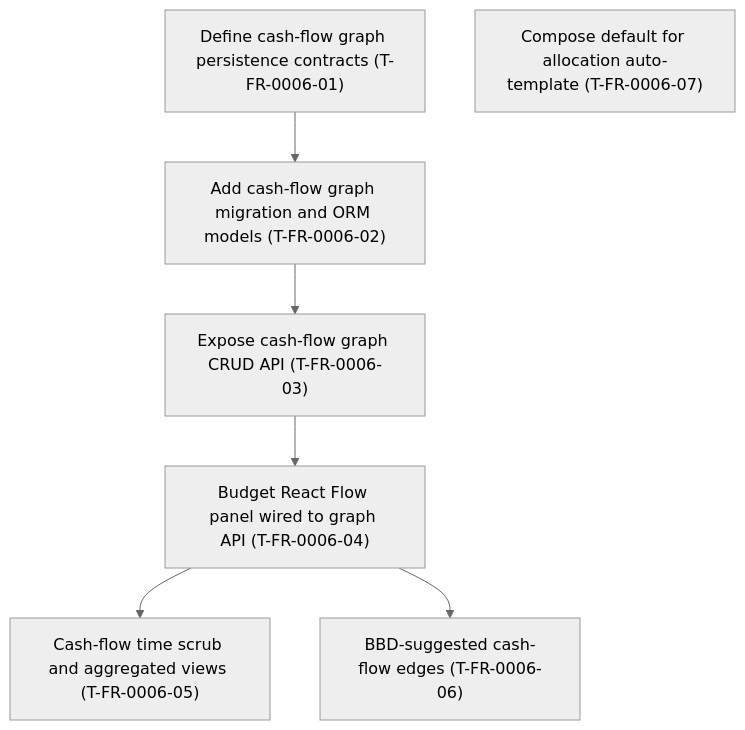
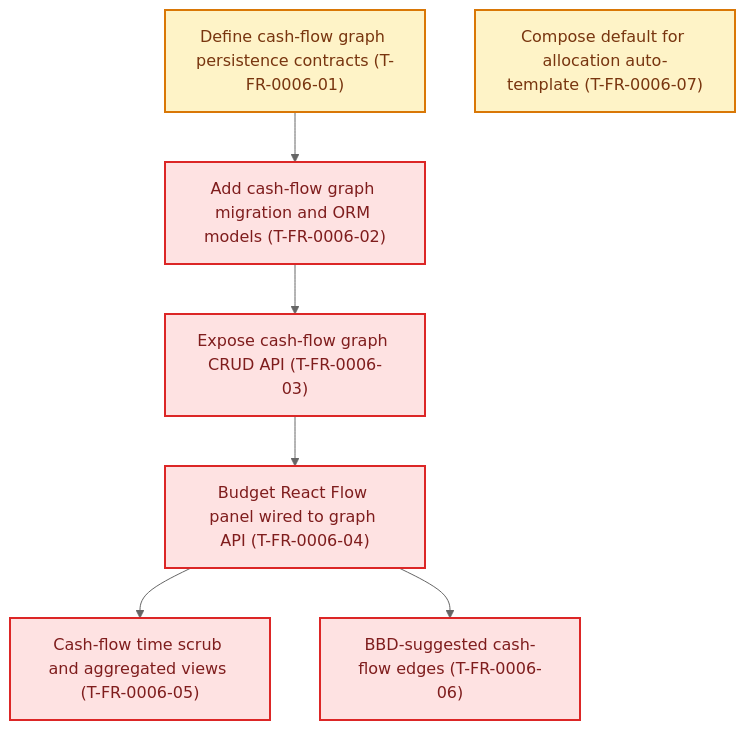
Before and after one commit to mcelhennyi/Finance: the diagram in tasks/feature-history/FR-0006-budget-cash-flow-graph/20-tickets-dag.md, drawn with Mermaid (neutral theme). The commit also changed other lines of this file and 64 other files, not shown here.

````diff
--- a/tasks/feature-history/FR-0006-budget-cash-flow-graph/20-tickets-dag.md
+++ b/tasks/feature-history/FR-0006-budget-cash-flow-graph/20-tickets-dag.md
@@ -17,14 +9,20 @@
 ```mermaid
 flowchart TB
   T01["Define cash-flow graph persistence contracts (T-FR-0006-01)"]
   T02["Add cash-flow graph migration and ORM models (T-FR-0006-02)"]
   T03["Expose cash-flow graph CRUD API (T-FR-0006-03)"]
   T04["Budget React Flow panel wired to graph API (T-FR-0006-04)"]
   T05["Cash-flow time scrub and aggregated views (T-FR-0006-05)"]
   T06["BBD-suggested cash-flow edges (T-FR-0006-06)"]
   T07["Compose default for allocation auto-template (T-FR-0006-07)"]
 
   T01 --> T02 --> T03 --> T04
   T04 --> T05
   T04 --> T06
+
+  classDef completed fill:#dcfce7,stroke:#16a34a,color:#14532d,stroke-width:2px
+  classDef inDevelopment fill:#fef3c7,stroke:#d97706,color:#78350f,stroke-width:2px
+  classDef outstanding fill:#fee2e2,stroke:#dc2626,color:#7f1d1d,stroke-width:2px
+  class T01,T07 inDevelopment
+  class T02,T03,T04,T05,T06 outstanding
 ```
````
